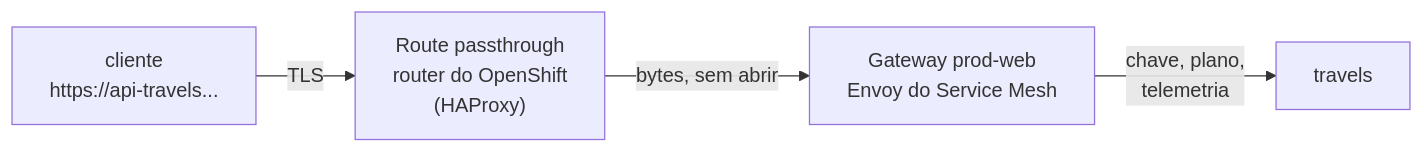
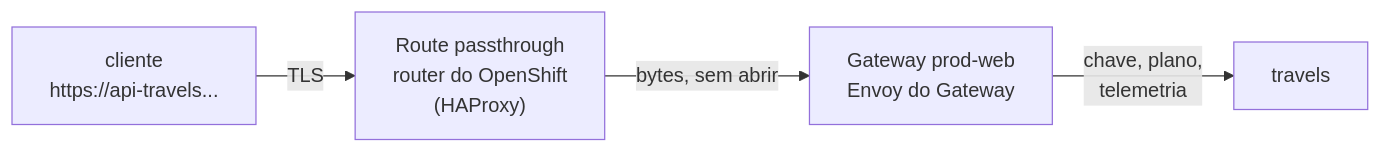
One commit to workshop-tanaka/rhcl-connectivity-workshop changed the diagram in content/modules/ROOT/pages/leitura-ingresso.adoc. Above: the diagram before and after it, drawn with Mermaid. The commit also changed other lines of this file and 26 other files, not shown here.

First line of the commit message:
conteudo: fases 0 a 4 sem contradicao, Service Mesh em preparacao, sem Dev Spaces

```diff
--- a/content/modules/ROOT/pages/leitura-ingresso.adoc
+++ b/content/modules/ROOT/pages/leitura-ingresso.adoc
@@ -70,7 +79,7 @@
 [mermaid]
 ....
 flowchart LR
   C["cliente<br/>https://api-travels..."] -->|TLS| R["Route passthrough<br/>router do OpenShift<br/>(HAProxy)"]
-  R -->|"bytes, sem abrir"| G["Gateway prod-web<br/>Envoy do Service Mesh"]
+  R -->|"bytes, sem abrir"| G["Gateway prod-web<br/>Envoy do Gateway"]
   G -->|"chave, plano,<br/>telemetria"| A["travels"]
 ....
```
